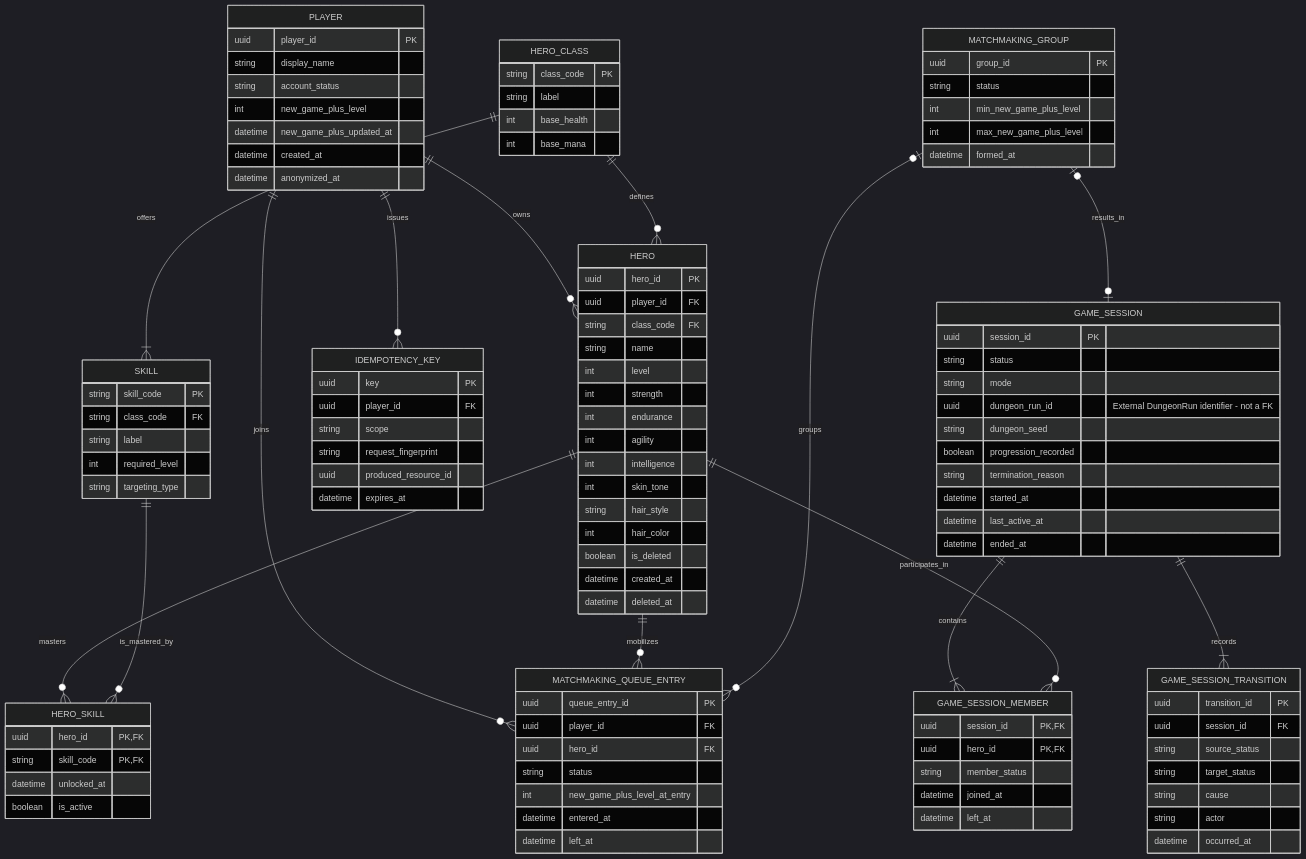
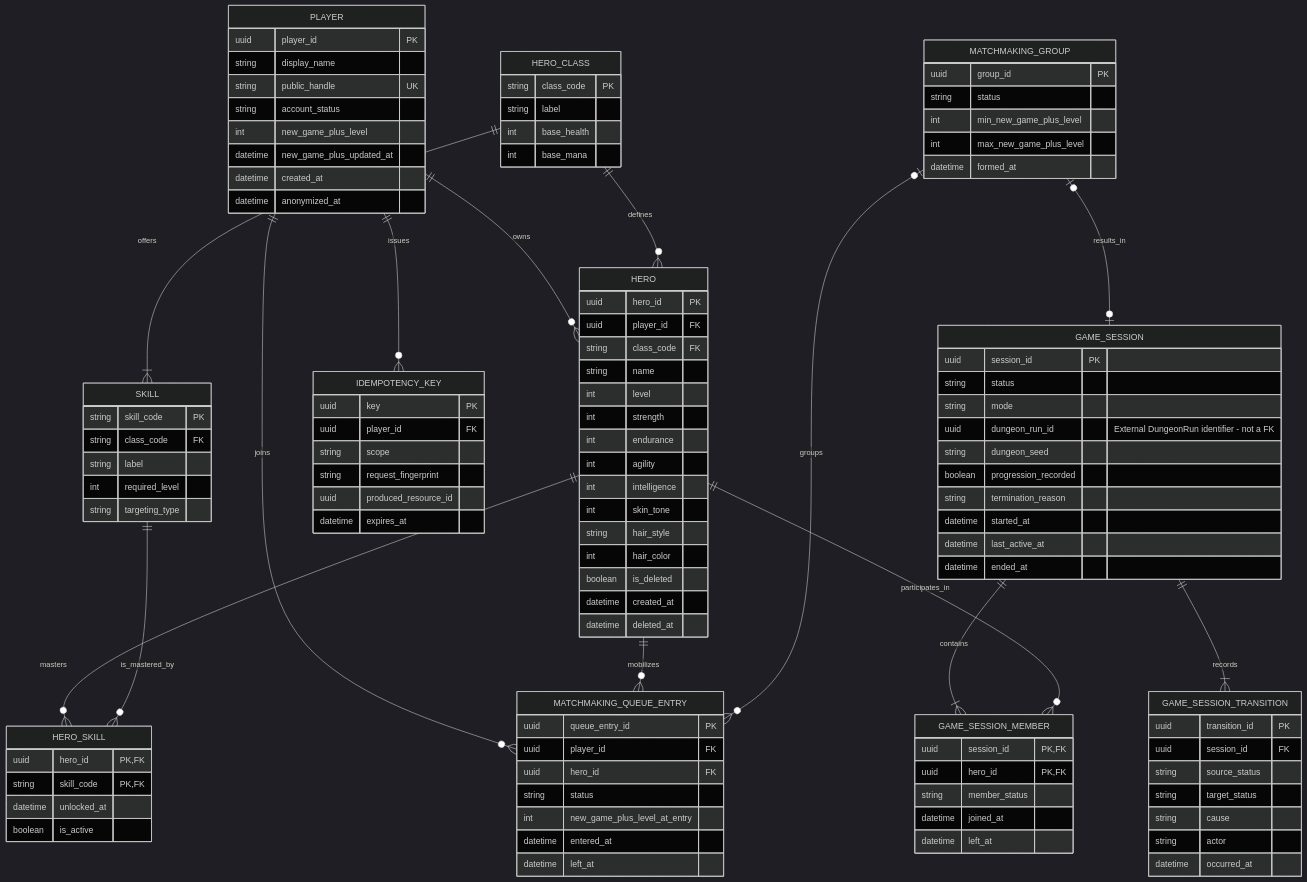
One commit to ProjectLanternDI3P1P2/player-backend changed the diagram in docs/player/mcd_player.mmd. Above: the diagram before and after it, drawn with Mermaid (dark theme). The commit also changed 31 other files, not shown here.

```diff
--- a/docs/player/mcd_player.mmd
+++ b/docs/player/mcd_player.mmd
@@ -1,124 +1,125 @@
 erDiagram
     %% Final conceptual model for the Player microservice.
     %% Dungeon identifiers and Keycloak claims are external: there are no local FKs.
 
     PLAYER {
         uuid player_id PK
         string display_name
+        string public_handle UK
         string account_status
         int new_game_plus_level
         datetime new_game_plus_updated_at
         datetime created_at
         datetime anonymized_at
     }
     HERO_CLASS {
         string class_code PK
         string label
         int base_health
         int base_mana
     }
     SKILL {
         string skill_code PK
         string class_code FK
         string label
         int required_level
         string targeting_type
     }
     HERO {
         uuid hero_id PK
         uuid player_id FK
         string class_code FK
         string name
         int level
         int strength
         int endurance
         int agility
         int intelligence
         int skin_tone
         string hair_style
         int hair_color
         boolean is_deleted
         datetime created_at
         datetime deleted_at
     }
     HERO_SKILL {
         uuid hero_id PK,FK
         string skill_code PK,FK
         datetime unlocked_at
         boolean is_active
     }
 
     PLAYER ||--o{ HERO : owns
     HERO_CLASS ||--o{ HERO : defines
     HERO_CLASS ||--|{ SKILL : offers
     HERO ||--o{ HERO_SKILL : masters
     SKILL ||--o{ HERO_SKILL : is_mastered_by
 
     IDEMPOTENCY_KEY {
         uuid key PK
         uuid player_id FK
         string scope
         string request_fingerprint
         uuid produced_resource_id
         datetime expires_at
     }
     PLAYER ||--o{ IDEMPOTENCY_KEY : issues
 
     MATCHMAKING_QUEUE_ENTRY {
         uuid queue_entry_id PK
         uuid player_id FK
         uuid hero_id FK
         string status
         int new_game_plus_level_at_entry
         datetime entered_at
         datetime left_at
     }
     MATCHMAKING_GROUP {
         uuid group_id PK
         string status
         int min_new_game_plus_level
         int max_new_game_plus_level
         datetime formed_at
     }
     PLAYER ||--o{ MATCHMAKING_QUEUE_ENTRY : joins
     HERO ||--o{ MATCHMAKING_QUEUE_ENTRY : mobilizes
     MATCHMAKING_GROUP o|--o{ MATCHMAKING_QUEUE_ENTRY : groups
 
     GAME_SESSION {
         uuid session_id PK
         string status
         string mode
         uuid dungeon_run_id "External DungeonRun identifier - not a FK"
         string dungeon_seed
         boolean progression_recorded
         string termination_reason
         datetime started_at
         datetime last_active_at
         datetime ended_at
     }
     GAME_SESSION_MEMBER {
         uuid session_id PK,FK
         uuid hero_id PK,FK
         string member_status
         datetime joined_at
         datetime left_at
     }
     GAME_SESSION_TRANSITION {
         uuid transition_id PK
         uuid session_id FK
         string source_status
         string target_status
         string cause
         string actor
         datetime occurred_at
     }
     MATCHMAKING_GROUP o|--o| GAME_SESSION : results_in
     GAME_SESSION ||--|{ GAME_SESSION_MEMBER : contains
     HERO ||--o{ GAME_SESSION_MEMBER : participates_in
     GAME_SESSION ||--|{ GAME_SESSION_TRANSITION : records
 
     %% Constraints outside Mermaid grammar:
     %% - a group resulting in a session contains 2 to 4 active queue entries;
     %% - the roster is locked before CreateDungeonRun;
     %% - dungeon_run_id is set after Dungeon's idempotent acknowledgement;
     %% - a key is unique for its player, scope, and associated request.
```
